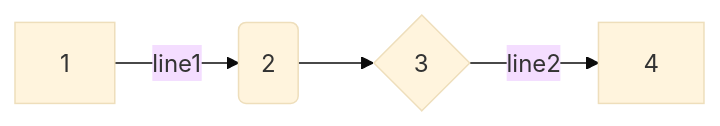
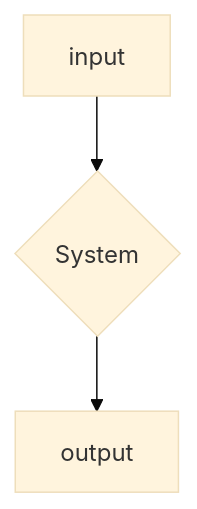
Before and after one commit to rezaabu/web: the diagram in README.md, drawn with Mermaid (base theme).

````diff
--- a/README.md
+++ b/README.md
@@ -3,7 +3,5 @@
 ```mermaid
-flowchart LR
-
-A[1] -->|line1| B(2)
-B --> C{3}
-C -->|line2| D[4]
+flowchart TD
+B[input] --> C{System}
+C --> D[output]
 ```
````
